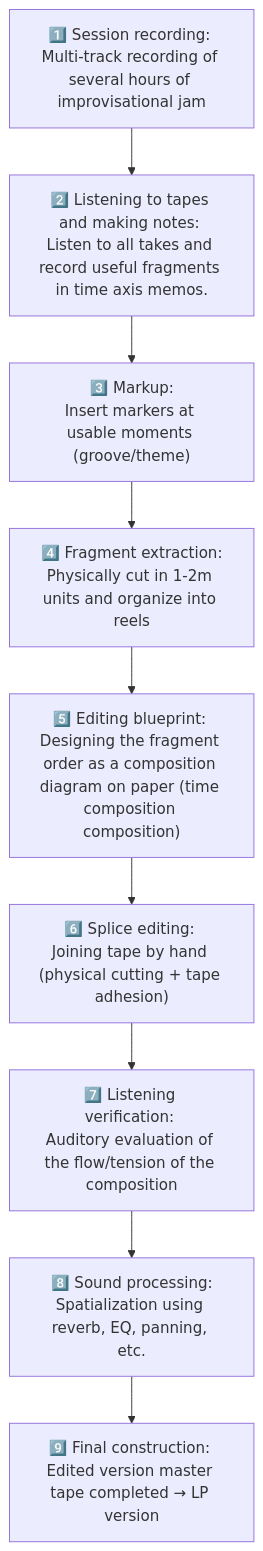
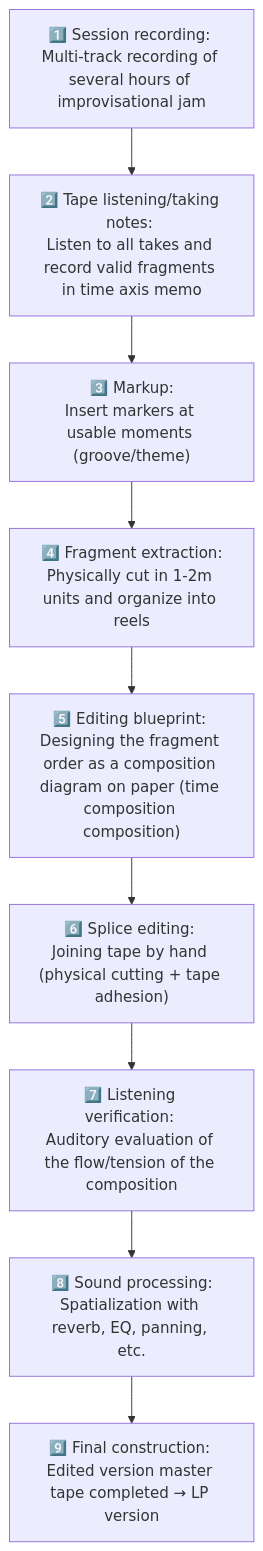
The fourth of 12 diagrams in en/_posts/2025-10-28-column-macero-miles.md (monumental-movement/monumental-movement.github.io), drawn with Mermaid before and after one commit. The commit also changed other lines of this file and 395 other files, not shown here.

```diff
--- a/en/_posts/2025-10-28-column-macero-miles.md
+++ b/en/_posts/2025-10-28-column-macero-miles.md
@@ -197,13 +197,13 @@
 <div class="mermaid">
 
 flowchart TD
-    A["1️⃣ Session recording: <br>Multi-track recording of several hours of improvisational jam"] --> B["2️⃣ Listening to tapes and making notes: <br>Listen to all takes and record useful fragments in time axis memos."]
+    A["1️⃣ Session recording: <br>Multi-track recording of several hours of improvisational jam"] --> B["2️⃣ Tape listening/taking notes: <br>Listen to all takes and record valid fragments in time axis memo"]
     B --> C["3️⃣ Markup:<br>Insert markers at usable moments (groove/theme)"]
     C --> D["4️⃣ Fragment extraction:<br>Physically cut in 1-2m units and organize into reels"]
     D --> E["5️⃣ Editing blueprint: <br>Designing the fragment order as a composition diagram on paper (time composition composition)"]
     E --> F["6️⃣ Splice editing: <br>Joining tape by hand (physical cutting + tape adhesion)"]
     F --> G["7️⃣ Listening verification: <br>Auditory evaluation of the flow/tension of the composition"]
-    G --> H["8️⃣ Sound processing:<br>Spatialization using reverb, EQ, panning, etc."]
+    G --> H["8️⃣ Sound processing:<br>Spatialization with reverb, EQ, panning, etc."]
     H --> I["9️⃣ Final construction: <br>Edited version master tape completed → LP version"]
 
 </div>
```
